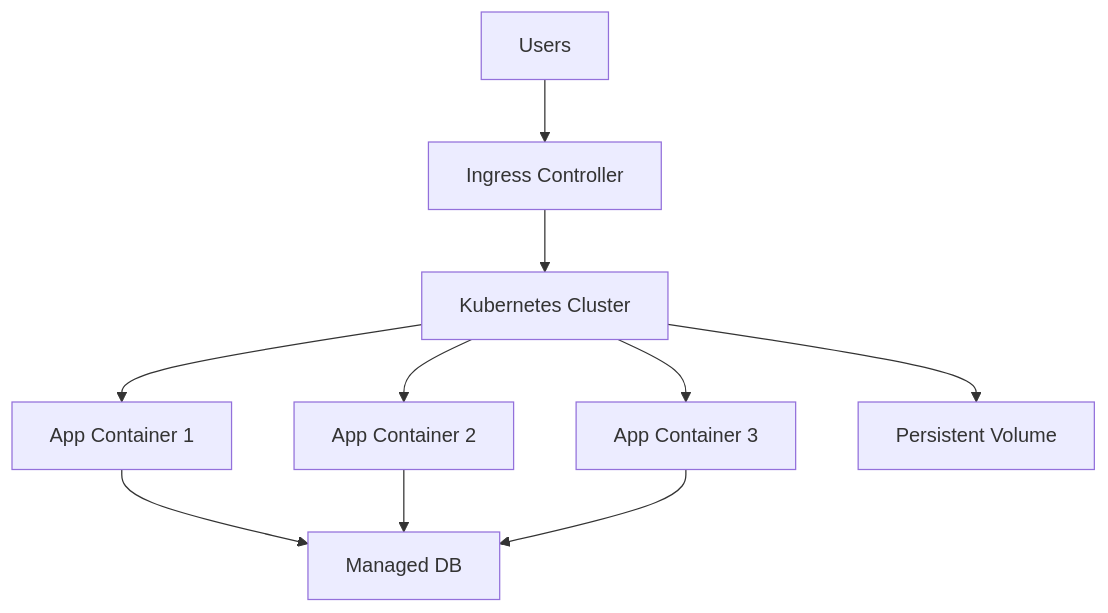
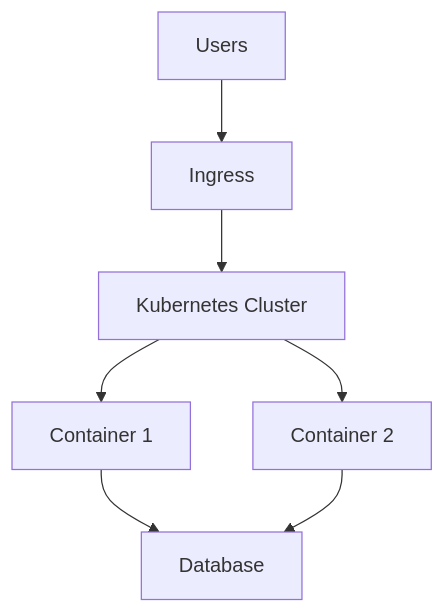
Diagram 23 of 25 in ARCHITECTURE.md (quesiblaq442-del/architecture-diagram), drawn with Mermaid before and after one commit. The commit also changed other lines of this file, not shown here.

````diff
--- a/ARCHITECTURE.md
+++ b/ARCHITECTURE.md
@@ -572,12 +562,9 @@
 ```mermaid
 graph TB
-    Users["Users"] --> Ingress["Ingress Controller"]
-    Ingress --> Kube["Kubernetes Cluster"]
-    Kube --> Pod1["App Container 1"]
-    Kube --> Pod2["App Container 2"]
-    Kube --> Pod3["App Container 3"]
-    Pod1 --> DB["Managed DB"]
+    Users["Users"] --> Ingress["Ingress"]
+    Ingress --> K8s["Kubernetes Cluster"]
+    K8s --> Pod1["Container 1"]
+    K8s --> Pod2["Container 2"]
+    Pod1 --> DB["Database"]
     Pod2 --> DB
-    Pod3 --> DB
-    Kube --> Storage["Persistent Volume"]
 ```
````
